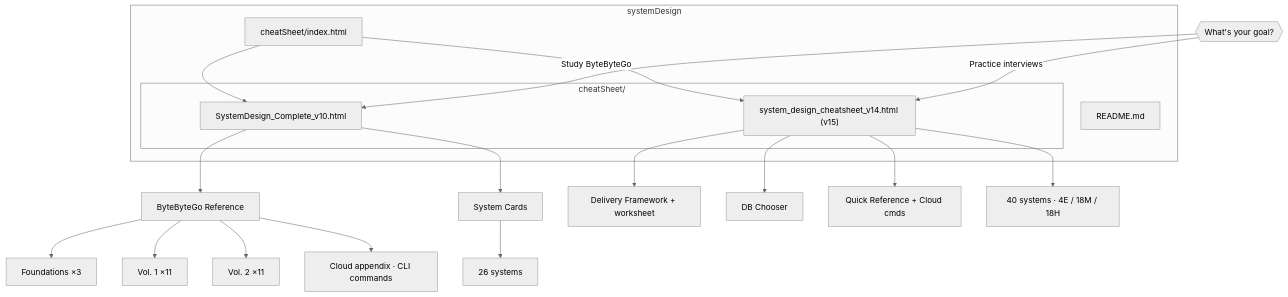
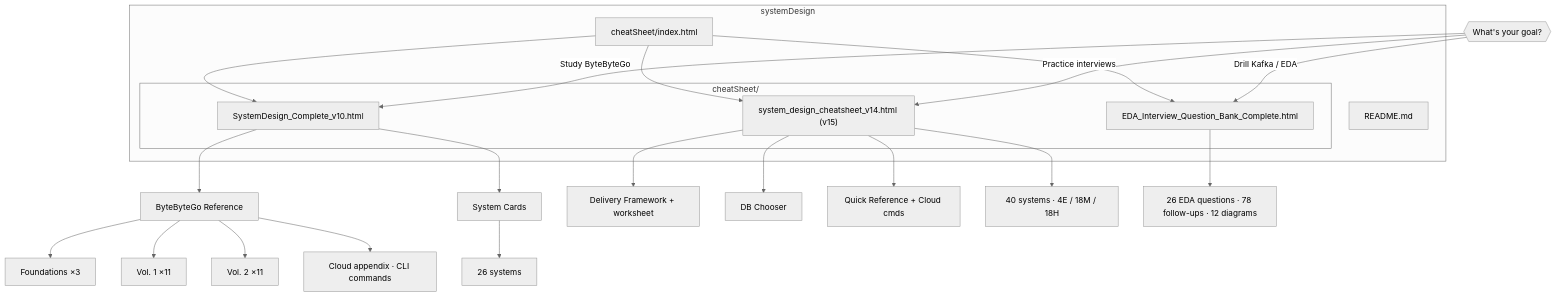
The diagram in README.md (eddyclhung/systemDesign), drawn with Mermaid (neutral theme) before and after one commit. The commit also changed other lines of this file and 8 other files, not shown here.

First line of the commit message:
Add EDA question bank to Pages and fix v10 card prerendering. (#6)

````diff
--- a/README.md
+++ b/README.md
@@ -17,33 +17,38 @@
 ```mermaid
 flowchart TB
     subgraph repo["systemDesign"]
         README["README.md"]
         INDEX["cheatSheet/index.html"]
         subgraph cheatSheet["cheatSheet/"]
             v10["SystemDesign_Complete_v10.html"]
             v15["system_design_cheatsheet_v14.html (v15)"]
+            eda["EDA_Interview_Question_Bank_Complete.html"]
         end
     end
 
     INDEX --> v10
     INDEX --> v15
+    INDEX --> eda
 
     v10 --> bbg["ByteByteGo Reference"]
     v10 --> cards["System Cards"]
 
     bbg --> foundations["Foundations ×3"]
     bbg --> vol1["Vol. 1 ×11"]
     bbg --> vol2["Vol. 2 ×11"]
     bbg --> appendix["Cloud appendix · CLI commands"]
 
     cards --> c26["26 systems"]
 
     v15 --> framework["Delivery Framework + worksheet"]
     v15 --> dbchooser["DB Chooser"]
     v15 --> quickref["Quick Reference + Cloud cmds"]
     v15 --> s40["40 systems · 4E / 18M / 18H"]
 
+    eda --> edaq["26 EDA questions · 78 follow-ups · 12 diagrams"]
+
     goal{{"What's your goal?"}}
     goal -->|"Study ByteByteGo"| v10
     goal -->|"Practice interviews"| v15
+    goal -->|"Drill Kafka / EDA"| eda
 ```
````
